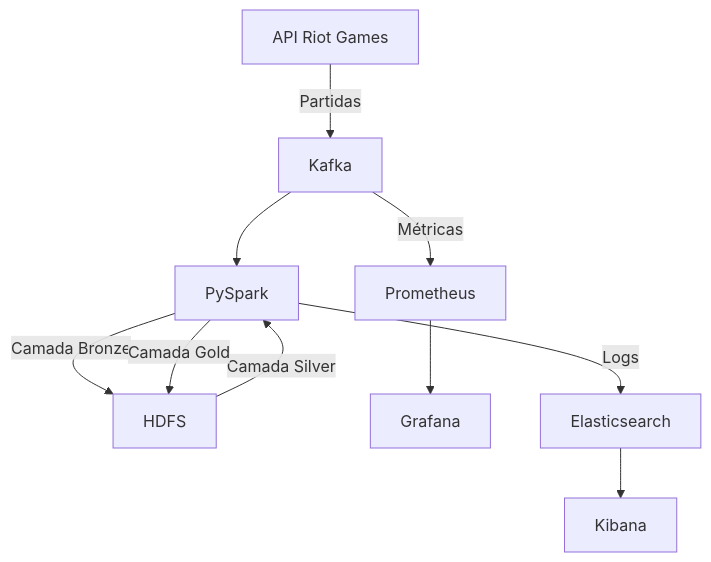
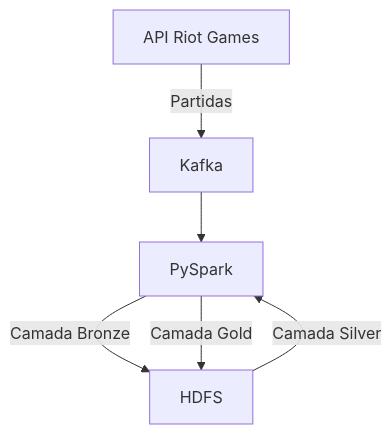
The diagram in README.md (diegomeyer/datamaster), drawn with Mermaid before and after one commit. The commit also changed other lines of this file, not shown here.

````diff
--- a/README.md
+++ b/README.md
@@ -52,12 +49,8 @@
 ```mermaid
 graph TD
     API_Riot[API Riot Games] -->|Partidas| Kafka
     Kafka --> PySpark
     PySpark -->|Camada Bronze| HDFS
     HDFS -->|Camada Silver| PySpark
     PySpark -->|Camada Gold| HDFS
-    Kafka -->|Métricas| Prometheus
-    Prometheus --> Grafana
-    PySpark -->|Logs| Elasticsearch
-    Elasticsearch --> Kibana
 ```
````
